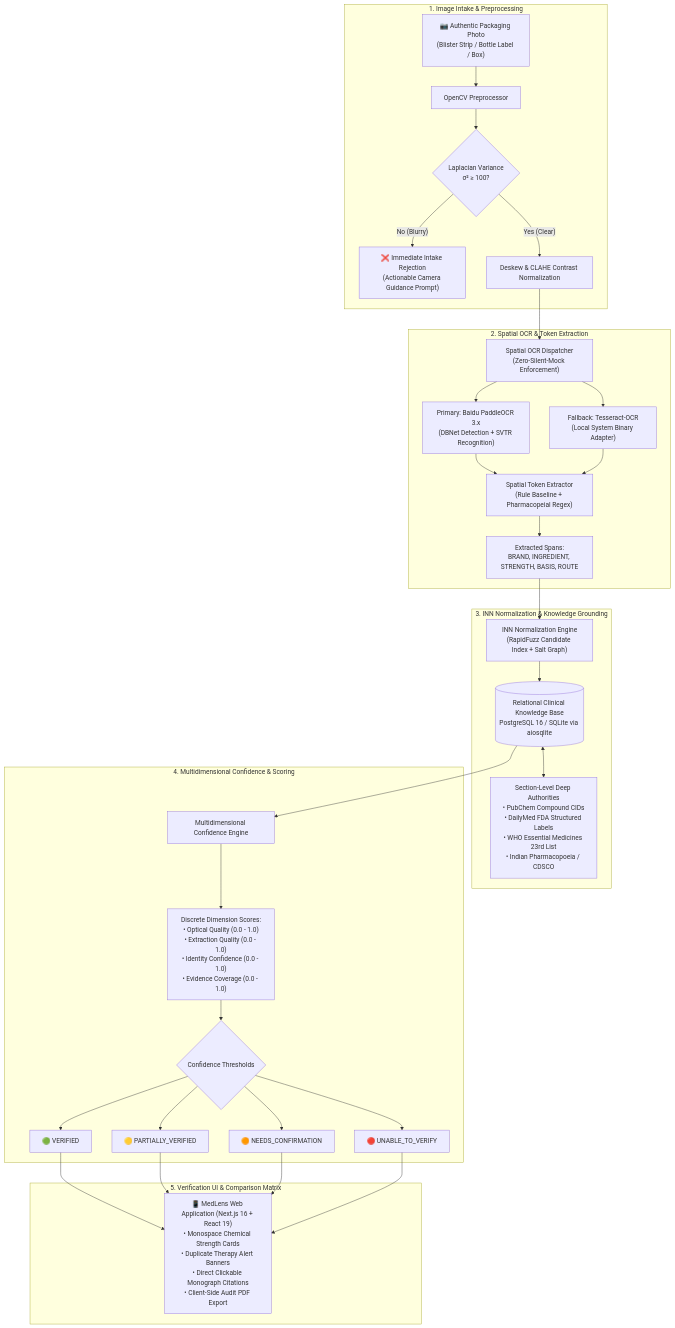
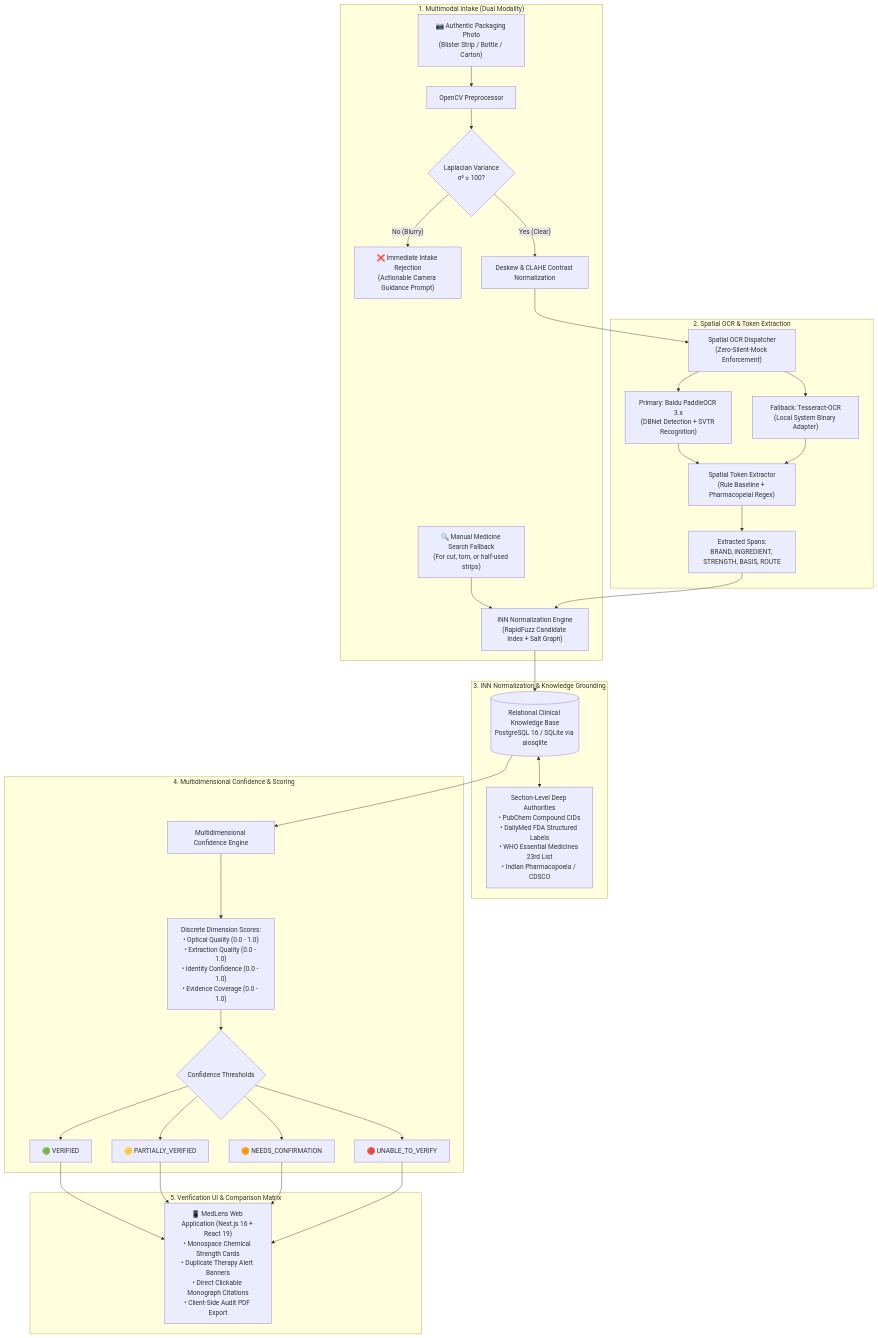
Before and after one commit to UdeepChowdary/MedLens: the diagram in README.md, drawn with Mermaid. The commit also changed other lines of this file and 5 other files, not shown here.

````diff
--- a/README.md
+++ b/README.md
@@ -95,38 +96,40 @@
 ```mermaid
 flowchart TD
-    subgraph Intake ["1. Image Intake & Preprocessing"]
-        A["📷 Authentic Packaging Photo<br/>(Blister Strip / Bottle Label / Box)"] --> B["OpenCV Preprocessor"]
+    subgraph Intake ["1. Multimodal Intake (Dual Modality)"]
+        A1["📷 Authentic Packaging Photo<br/>(Blister Strip / Bottle / Carton)"] --> B["OpenCV Preprocessor"]
         B --> B1{"Laplacian Variance<br/>σ² ≥ 100?"}
         B1 -- "No (Blurry)" --> B2["❌ Immediate Intake Rejection<br/>(Actionable Camera Guidance Prompt)"]
         B1 -- "Yes (Clear)" --> B3["Deskew & CLAHE Contrast Normalization"]
+        
+        A2["🔍 Manual Medicine Search Fallback<br/>(For cut, torn, or half-used strips)"] --> E
     end
 
     subgraph Vision ["2. Spatial OCR & Token Extraction"]
         B3 --> C["Spatial OCR Dispatcher<br/>(Zero-Silent-Mock Enforcement)"]
         C --> C1["Primary: Baidu PaddleOCR 3.x<br/>(DBNet Detection + SVTR Recognition)"]
         C --> C2["Fallback: Tesseract-OCR<br/>(Local System Binary Adapter)"]
         C1 --> D["Spatial Token Extractor<br/>(Rule Baseline + Pharmacopeial Regex)"]
         C2 --> D
         D --> D1["Extracted Spans:<br/>BRAND, INGREDIENT, STRENGTH, BASIS, ROUTE"]
     end
 
     subgraph Normalization ["3. INN Normalization & Knowledge Grounding"]
         D1 --> E["INN Normalization Engine<br/>(RapidFuzz Candidate Index + Salt Graph)"]
         E --> F[("Relational Clinical Knowledge Base<br/>PostgreSQL 16 / SQLite via aiosqlite")]
         F <--> G["Section-Level Deep Authorities<br/>• PubChem Compound CIDs<br/>• DailyMed FDA Structured Labels<br/>• WHO Essential Medicines 23rd List<br/>• Indian Pharmacopoeia / CDSCO"]
     end
 
     subgraph Verification ["4. Multidimensional Confidence & Scoring"]
         F --> H["Multidimensional Confidence Engine"]
         H --> H1["Discrete Dimension Scores:<br/>• Optical Quality (0.0 - 1.0)<br/>• Extraction Quality (0.0 - 1.0)<br/>• Identity Confidence (0.0 - 1.0)<br/>• Evidence Coverage (0.0 - 1.0)"]
         H1 --> H2{"Confidence Thresholds"}
         H2 --> I1["🟢 VERIFIED"]
         H2 --> I2["🟡 PARTIALLY_VERIFIED"]
         H2 --> I3["🟠 NEEDS_CONFIRMATION"]
         H2 --> I4["🔴 UNABLE_TO_VERIFY"]
     end
 
     subgraph Client ["5. Verification UI & Comparison Matrix"]
         I1 & I2 & I3 & I4 --> J["📱 MedLens Web Application (Next.js 16 + React 19)<br/>• Monospace Chemical Strength Cards<br/>• Duplicate Therapy Alert Banners<br/>• Direct Clickable Monograph Citations<br/>• Client-Side Audit PDF Export"]
     end
 ```
````
